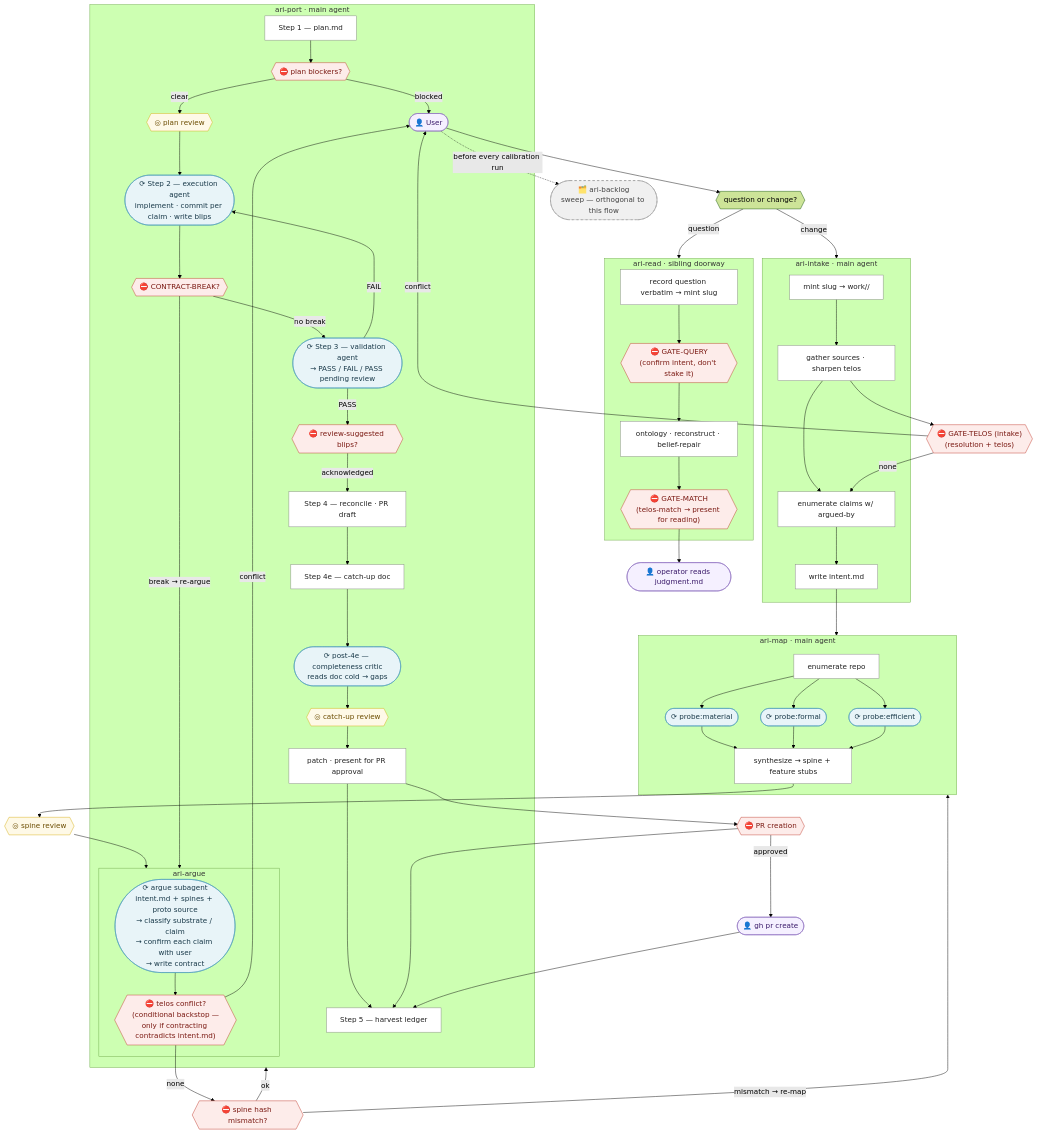
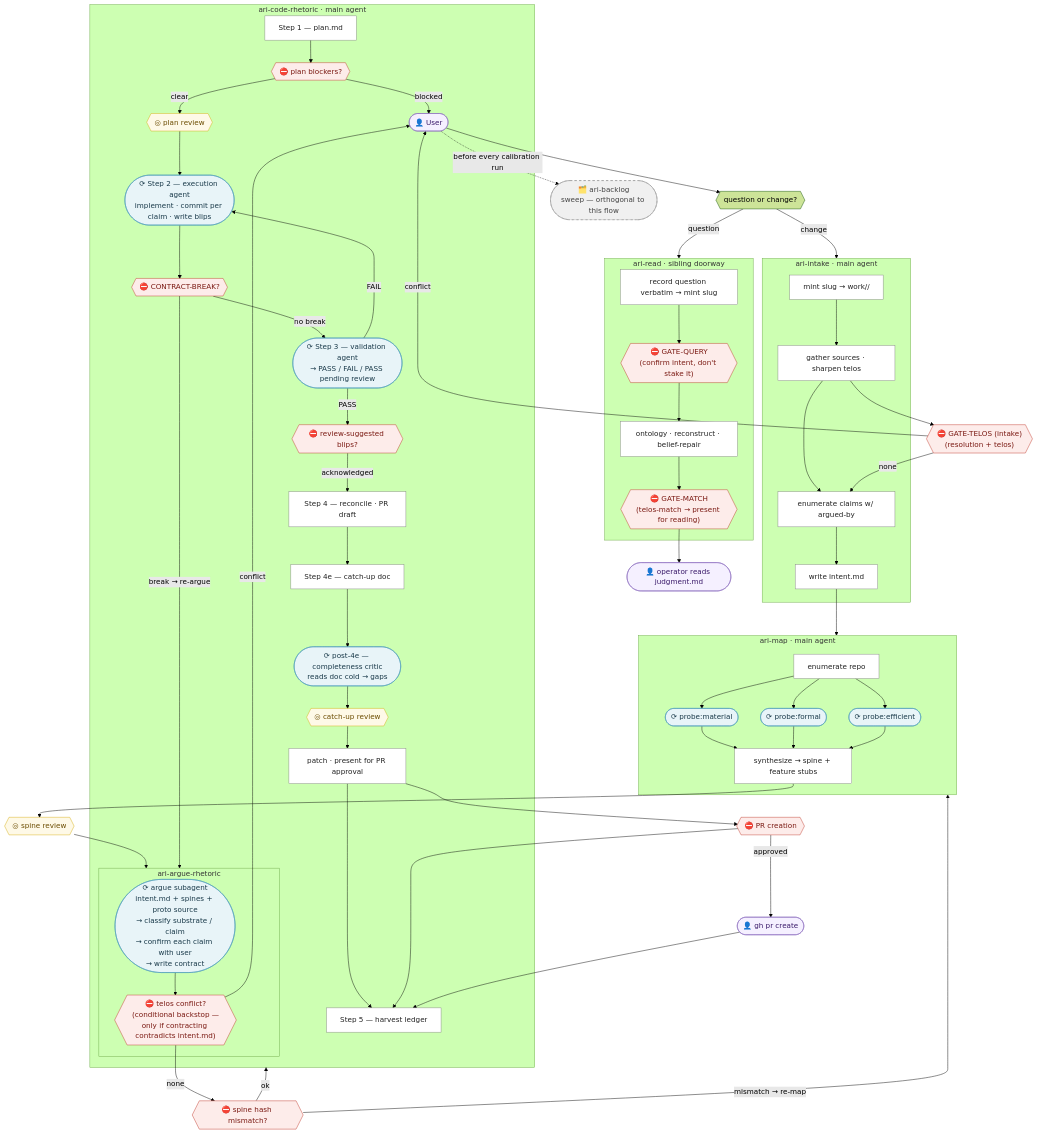
One commit to wmorgus/anima-lite changed the diagram in README.md. Above: the diagram before and after it, drawn with Mermaid (forest theme). The commit also changed other lines of this file and 22 other files, not shown here.

First line of the commit message:
feat(PIN-26): ripple machinery built — argue/port renamed to rhetoric names

```diff
--- a/README.md
+++ b/README.md
@@ -107,7 +107,7 @@
     AM5 --> OPT1{{"◎ spine review"}}
     OPT1 --> ARIARGUE
 
-    subgraph ARIARGUE["ari-argue"]
+    subgraph ARIARGUE["ari-argue-rhetoric"]
         AA(["⟳ argue subagent\nintent.md + spines + proto source\n→ classify substrate / claim\n→ confirm each claim with user\n→ write contract"])
         TELOS{{"⛔ telos conflict?\n(conditional backstop —\nonly if contracting contradicts intent.md)"}}
         AA --> TELOS
@@ -120,7 +120,7 @@
     HASHCHECK -- ok --> ARIPORT
     HASHCHECK -- mismatch → re-map --> ARIMAP
 
-    subgraph ARIPORT["ari-port  ·  main agent"]
+    subgraph ARIPORT["ari-code-rhetoric  ·  main agent"]
         AP1["Step 1 — plan.md"]
         BLOCKER{{"⛔ plan blockers?"}}
         OPT2{{"◎ plan review"}}
```
